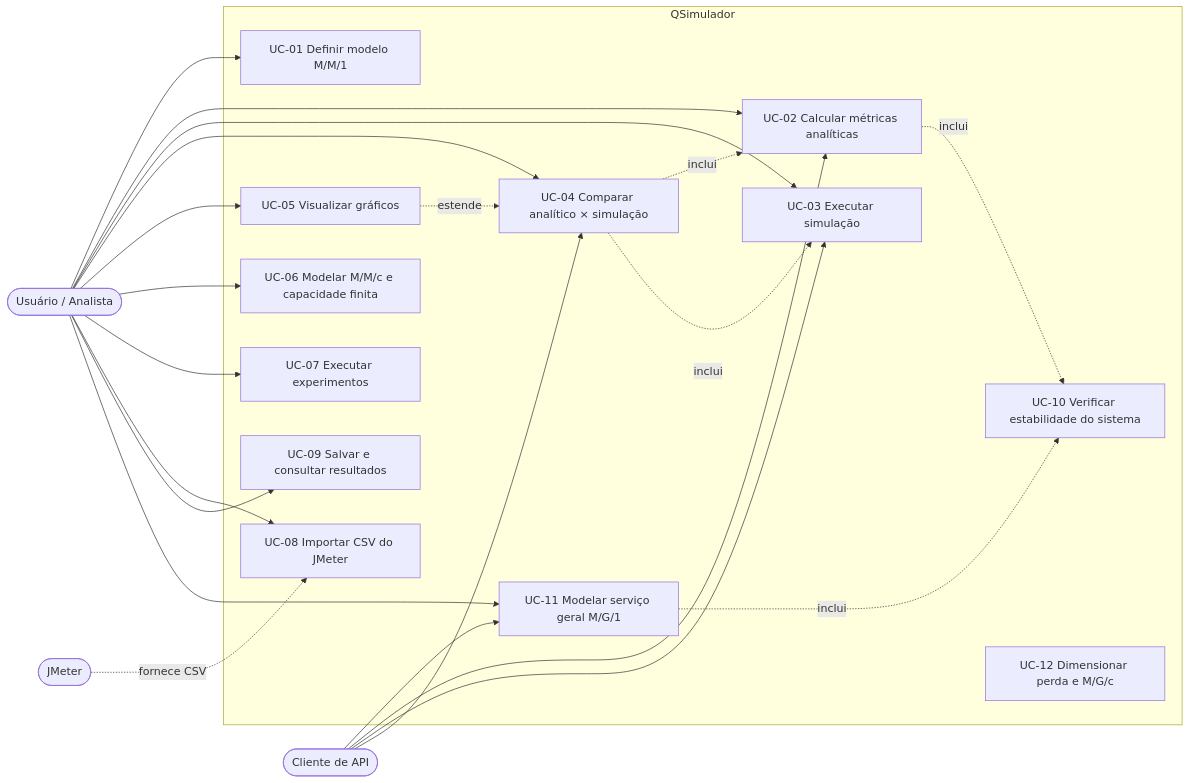
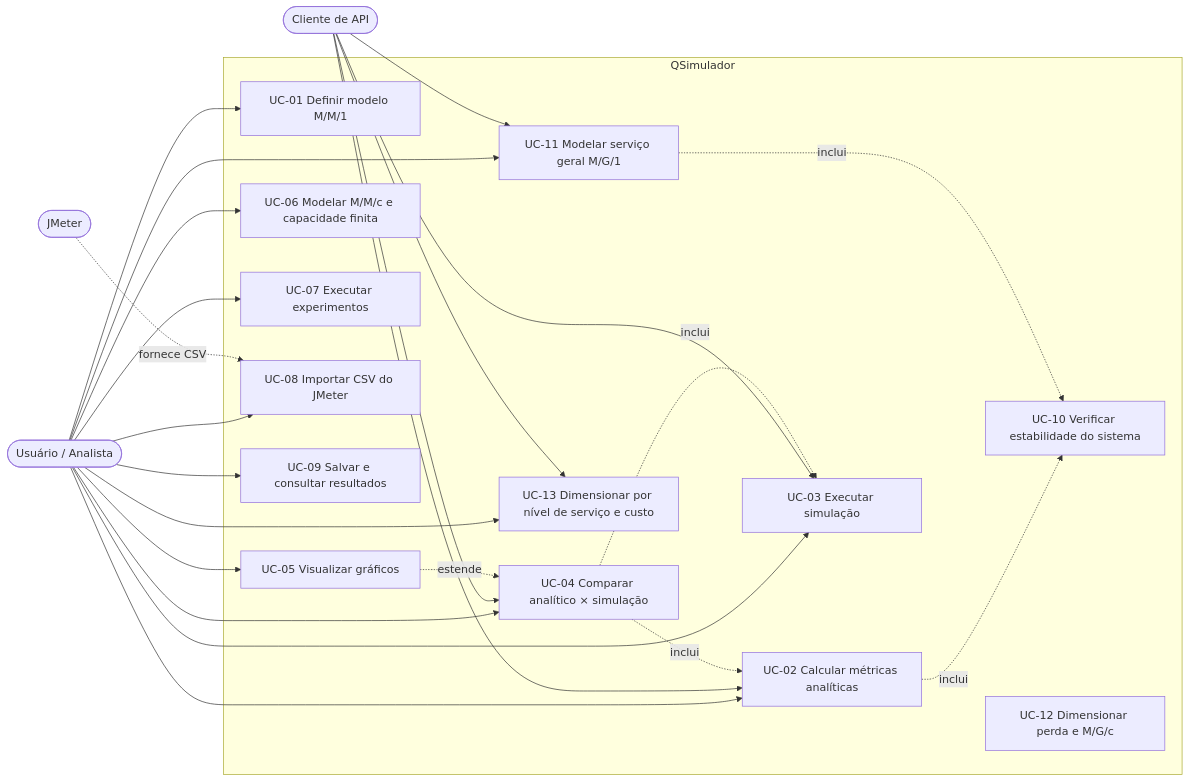
The diagram in docs/casos-de-uso.md (lucifer-son/QSimulador), drawn with Mermaid before and after one commit. The commit also changed other lines of this file and 57 other files, not shown here.

Commit message:
Implementação da Fase 11 - Dimensionamento, nível de serviço e custo

````diff
--- a/docs/casos-de-uso.md
+++ b/docs/casos-de-uso.md
@@ -32,42 +32,45 @@
 ```mermaid
 flowchart LR
     U([Usuário / Analista])
     A([Cliente de API])
     J([JMeter])
 
     subgraph QSimulador
         UC01[UC-01 Definir modelo M/M/1]
         UC02[UC-02 Calcular métricas analíticas]
         UC03[UC-03 Executar simulação]
         UC04[UC-04 Comparar analítico × simulação]
         UC05[UC-05 Visualizar gráficos]
         UC06[UC-06 Modelar M/M/c e capacidade finita]
         UC07[UC-07 Executar experimentos]
         UC08[UC-08 Importar CSV do JMeter]
         UC09[UC-09 Salvar e consultar resultados]
         UC10[UC-10 Verificar estabilidade do sistema]
         UC11[UC-11 Modelar serviço geral M/G/1]
         UC12[UC-12 Dimensionar perda e M/G/c]
+        UC13[UC-13 Dimensionar por nível de serviço e custo]
     end
 
     U --> UC01
     U --> UC02
     U --> UC03
     U --> UC04
     U --> UC05
     U --> UC06
     U --> UC07
     U --> UC08
     U --> UC09
+    U --> UC13
+    A --> UC13
     U --> UC11
     A --> UC11
     A --> UC02
     A --> UC03
     A --> UC04
     J -. fornece CSV .-> UC08
     UC02 -. inclui .-> UC10
     UC04 -. inclui .-> UC02
     UC04 -. inclui .-> UC03
     UC05 -. estende .-> UC04
     UC11 -. inclui .-> UC10
 ```
````
